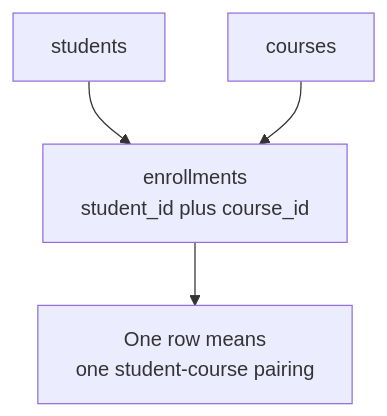
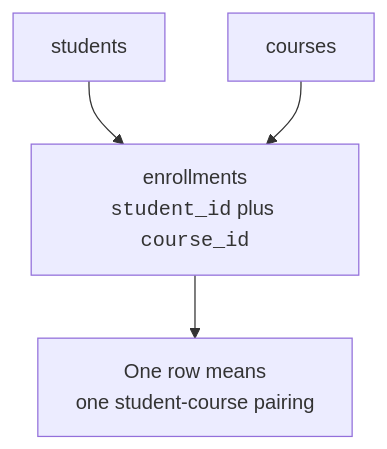
One commit to dataslope/dataslope changed the tenth of 11 diagrams in content/learn/sqlite-for-beginners/relationships-intro.mdx. Above: the diagram before and after it, drawn with Mermaid. The commit also changed other lines of this file and 218 other files, not shown here.

First line of the commit message:
Render code-only mermaid shapes in monospace; convert step sequences to Steps (#467)

````diff
--- a/content/learn/sqlite-for-beginners/relationships-intro.mdx
+++ b/content/learn/sqlite-for-beginners/relationships-intro.mdx
@@ -157,6 +157,6 @@
 ```mermaid
 flowchart TB
-    S["students"] --> E["enrollments<br/>student_id plus course_id"]
+    S["students"] --> E["enrollments<br/><code>student_id</code> plus <code>course_id</code>"]
     C["courses"] --> E
     E --> PAIR["One row means<br/>one student-course pairing"]
 ```
````
